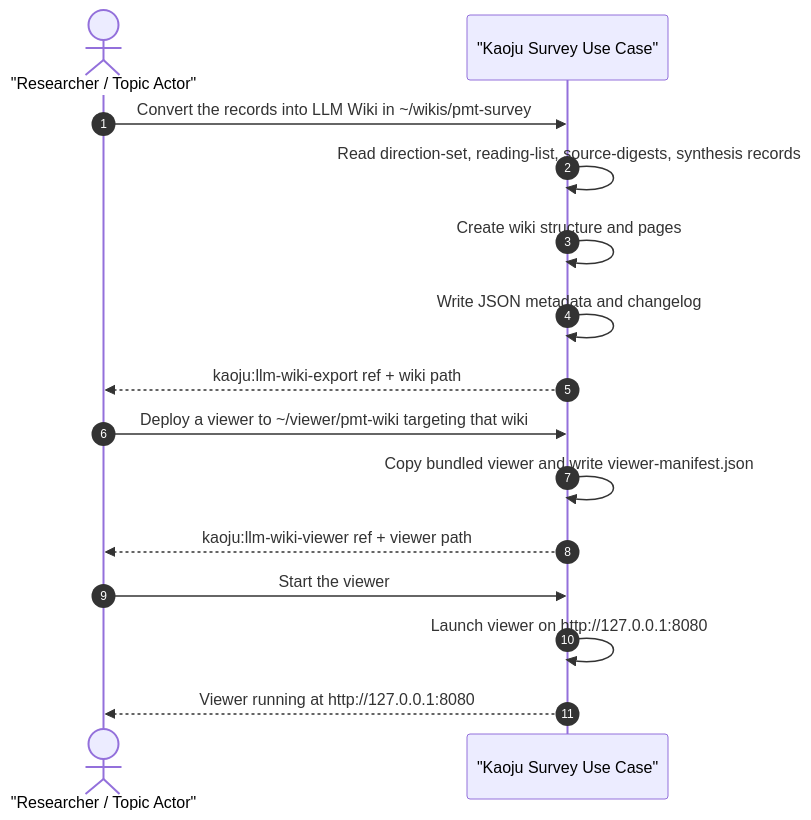
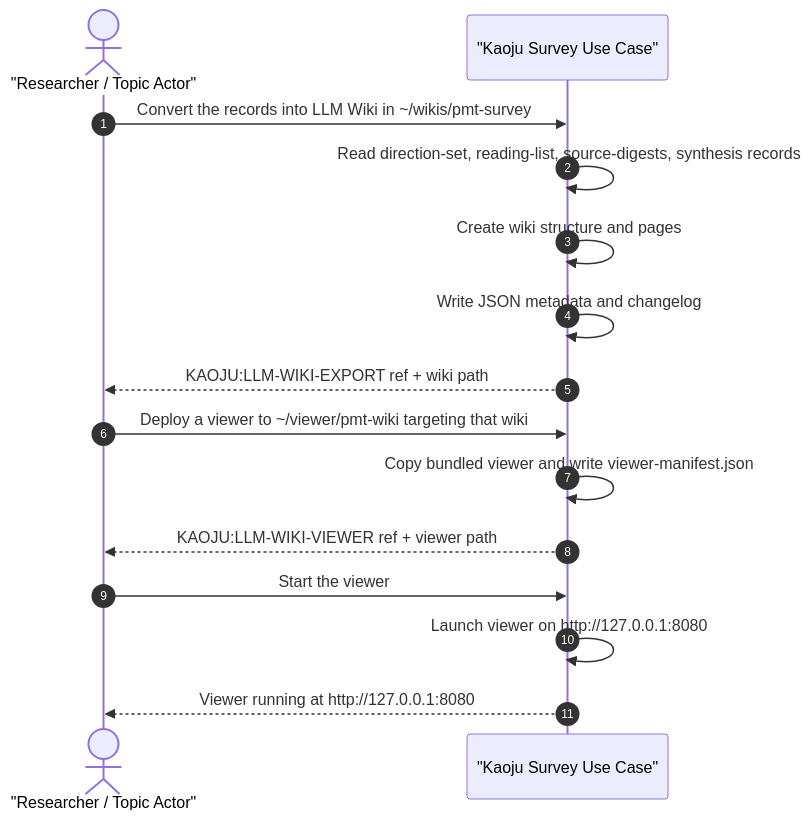
The second of 2 diagrams in context/features/2026-07-14-kaoju-survey-process-usecases/usecases/uc-07-export-survey-records-to-llm-wiki-and-deploy-viewer.md (CodeGandee/isomer-labs), drawn with Mermaid before and after one commit. The commit also changed other lines of this file and 309 other files, not shown here.

````diff
--- a/context/features/2026-07-14-kaoju-survey-process-usecases/usecases/uc-07-export-survey-records-to-llm-wiki-and-deploy-viewer.md
+++ b/context/features/2026-07-14-kaoju-survey-process-usecases/usecases/uc-07-export-survey-records-to-llm-wiki-and-deploy-viewer.md
@@ -114,18 +114,18 @@
 ```mermaid
 sequenceDiagram
   autonumber
   actor Researcher as "Researcher / Topic Actor"
   participant System as "Kaoju Survey Use Case"
 
   Researcher->>System: Convert the records into LLM Wiki in ~/wikis/pmt-survey
   System->>System: Read direction-set, reading-list, source-digests, synthesis records
   System->>System: Create wiki structure and pages
   System->>System: Write JSON metadata and changelog
-  System-->>Researcher: kaoju:llm-wiki-export ref + wiki path
+  System-->>Researcher: KAOJU:LLM-WIKI-EXPORT ref + wiki path
   Researcher->>System: Deploy a viewer to ~/viewer/pmt-wiki targeting that wiki
   System->>System: Copy bundled viewer and write viewer-manifest.json
-  System-->>Researcher: kaoju:llm-wiki-viewer ref + viewer path
+  System-->>Researcher: KAOJU:LLM-WIKI-VIEWER ref + viewer path
   Researcher->>System: Start the viewer
   System->>System: Launch viewer on http://127.0.0.1:8080
   System-->>Researcher: Viewer running at http://127.0.0.1:8080
 ```
````
